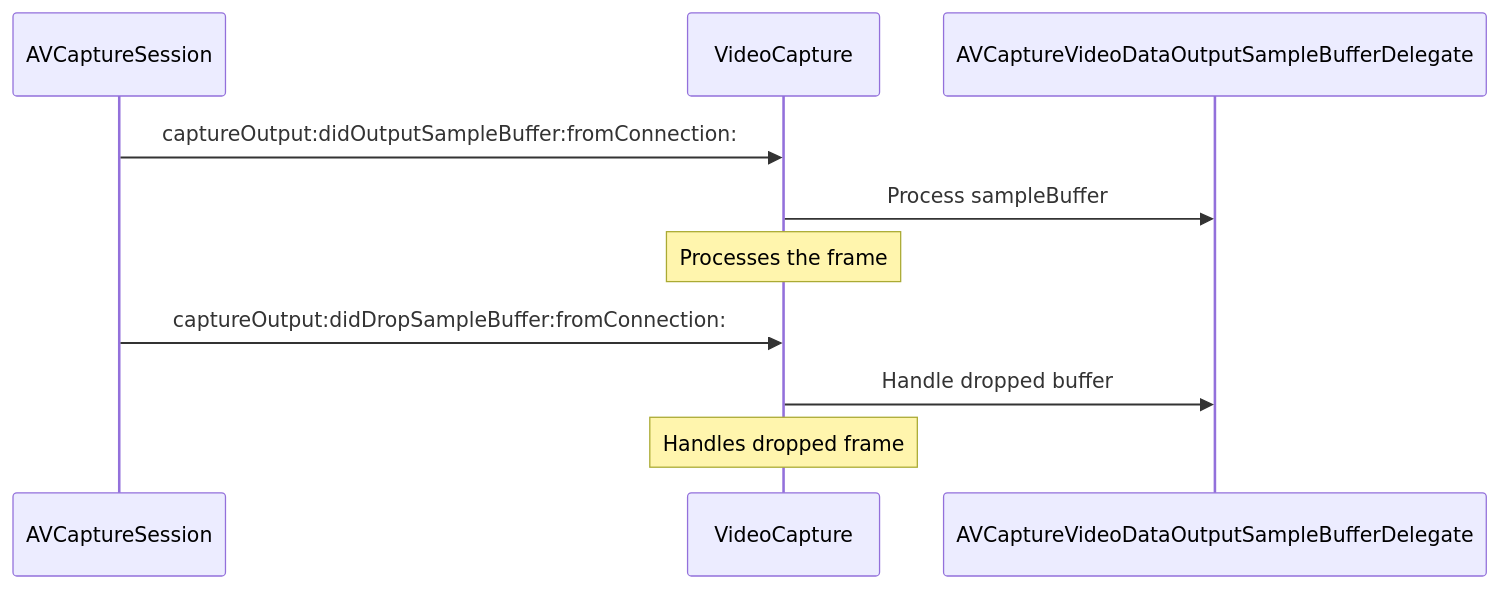
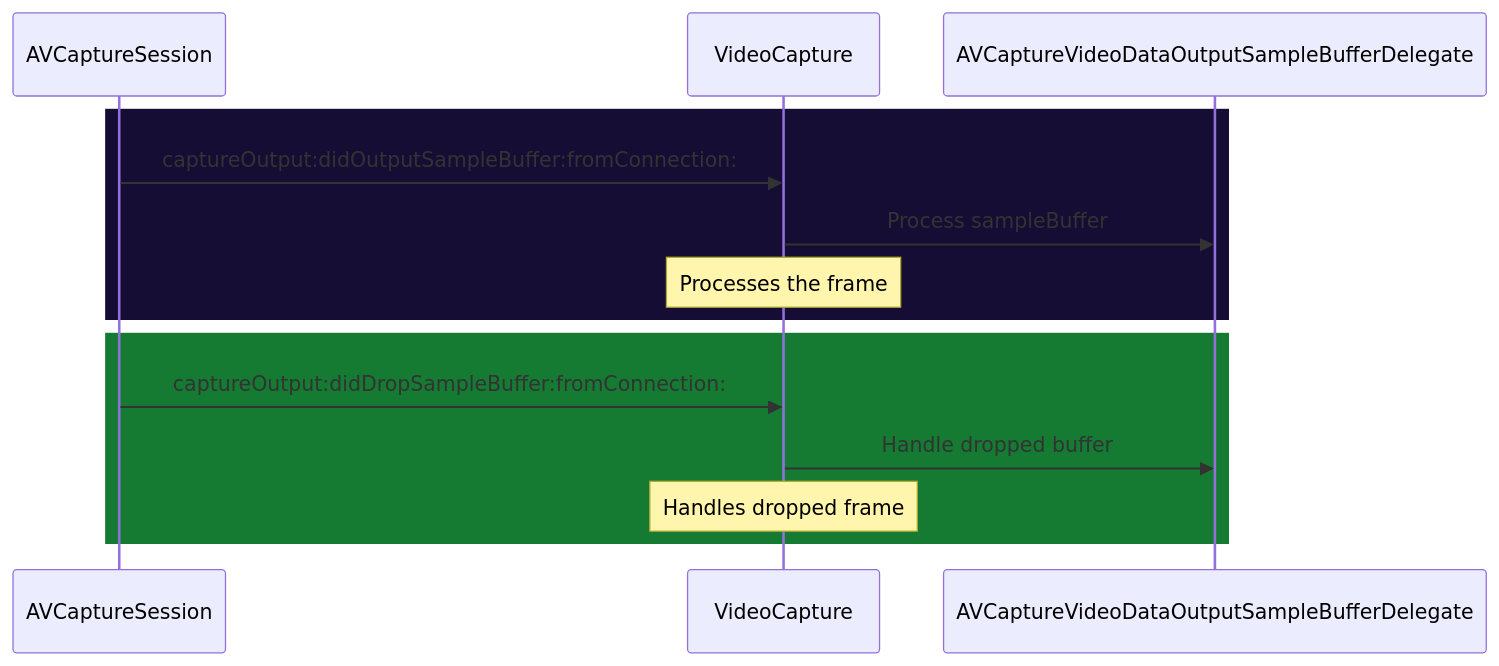
Before and after one commit to CongLeSolutionX/iOS-development-vault: the fourth of 10 diagrams in Reversing_Engineer_through_Interfaces/Swift-generated_header_file_in_depth_in_Mermaid.md, drawn with Mermaid. The commit also changed other lines of this file, not shown here.

Commit message:
update note with color code

````diff
--- a/Reversing_Engineer_through_Interfaces/Swift-generated_header_file_in_depth_in_Mermaid.md
+++ b/Reversing_Engineer_through_Interfaces/Swift-generated_header_file_in_depth_in_Mermaid.md
@@ -252,14 +252,19 @@
 ```mermaid
 sequenceDiagram
     participant Camera as AVCaptureSession
     participant VC as VideoCapture
     participant Delegate as AVCaptureVideoDataOutputSampleBufferDelegate
 
+    rect rgb(21, 13, 51)
     Camera ->> VC: captureOutput:didOutputSampleBuffer:fromConnection:
     VC ->> Delegate: Process sampleBuffer
     Note over VC: Processes the frame
+    end
 
+    rect rgb(21, 123, 51)
     Camera ->> VC: captureOutput:didDropSampleBuffer:fromConnection:
     VC ->> Delegate: Handle dropped buffer
     Note over VC: Handles dropped frame
+    end
+      
 ```
````
